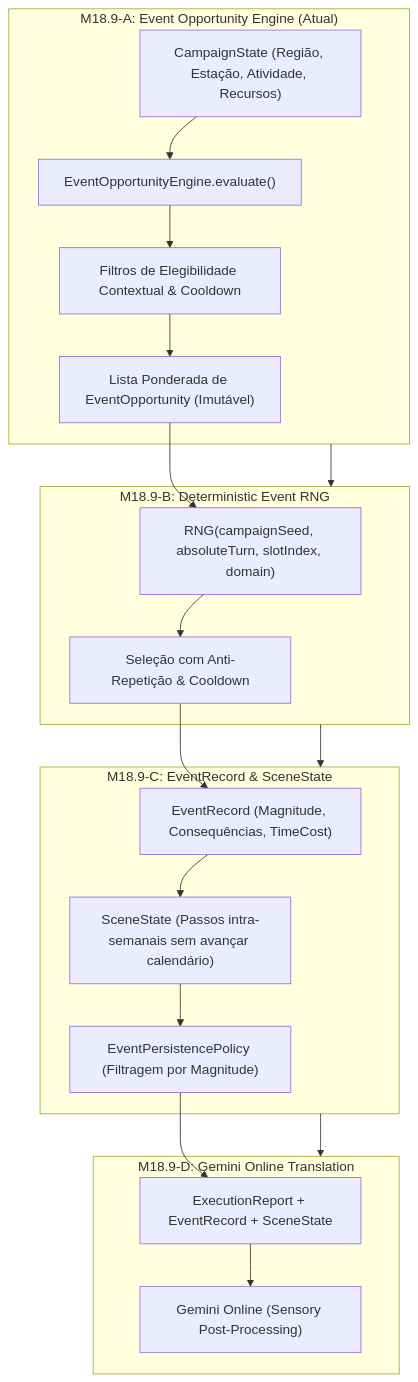
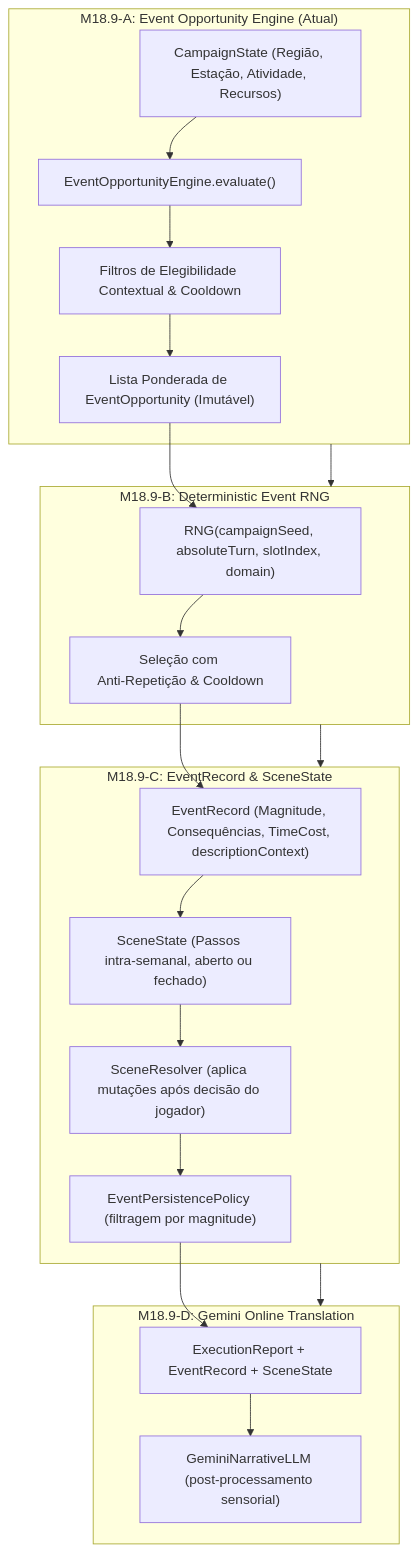
The diagram in docs/playtest/M18.9_EMERGENT_INCIDENTS_SPEC.md (Pissolato32/Age_Of_Shattered_Oats), drawn with Mermaid before and after one commit. The commit also changed other lines of this file and 7 other files, not shown here.

Commit message:
feat(events): implement event record processing pipeline

````diff
--- a/docs/playtest/M18.9_EMERGENT_INCIDENTS_SPEC.md
+++ b/docs/playtest/M18.9_EMERGENT_INCIDENTS_SPEC.md
@@ -23,28 +21,29 @@
 ```mermaid
 flowchart TD
     subgraph M18_9_A ["M18.9-A: Event Opportunity Engine (Atual)"]
         A1["CampaignState (Região, Estação, Atividade, Recursos)"] --> A2["EventOpportunityEngine.evaluate()"]
         A2 --> A3["Filtros de Elegibilidade Contextual & Cooldown"]
         A3 --> A4["Lista Ponderada de EventOpportunity (Imutável)"]
     end
 
     subgraph M18_9_B ["M18.9-B: Deterministic Event RNG"]
         A4 --> B1["RNG(campaignSeed, absoluteTurn, slotIndex, domain)"]
-        B1 --> B2["Seleção com Anti-Repetição & Cooldown"]
+        B1 --> B2["Seleção com Anti‑Repetição & Cooldown"]
     end
 
     subgraph M18_9_C ["M18.9-C: EventRecord & SceneState"]
-        B2 --> C1["EventRecord (Magnitude, Consequências, TimeCost)"]
-        C1 --> C2["SceneState (Passos intra-semanais sem avançar calendário)"]
-        C2 --> C3["EventPersistencePolicy (Filtragem por Magnitude)"]
+        B2 --> C1["EventRecord (Magnitude, Consequências, TimeCost, descriptionContext)"]
+        C1 --> C2["SceneState (Passos intra‑semanal, aberto ou fechado)"]
+        C2 --> C3["SceneResolver (aplica mutações após decisão do jogador)"]
+        C3 --> C4["EventPersistencePolicy (filtragem por magnitude)"]
     end
 
     subgraph M18_9_D ["M18.9-D: Gemini Online Translation"]
-        C3 --> D1["ExecutionReport + EventRecord + SceneState"]
-        D1 --> D2["Gemini Online (Sensory Post-Processing)"]
+        C4 --> D1["ExecutionReport + EventRecord + SceneState"]
+        D1 --> D2["GeminiNarrativeLLM (post‑processamento sensorial)"]
     end
 
     M18_9_A --> M18_9_B
     M18_9_B --> M18_9_C
     M18_9_C --> M18_9_D
 ```
````
